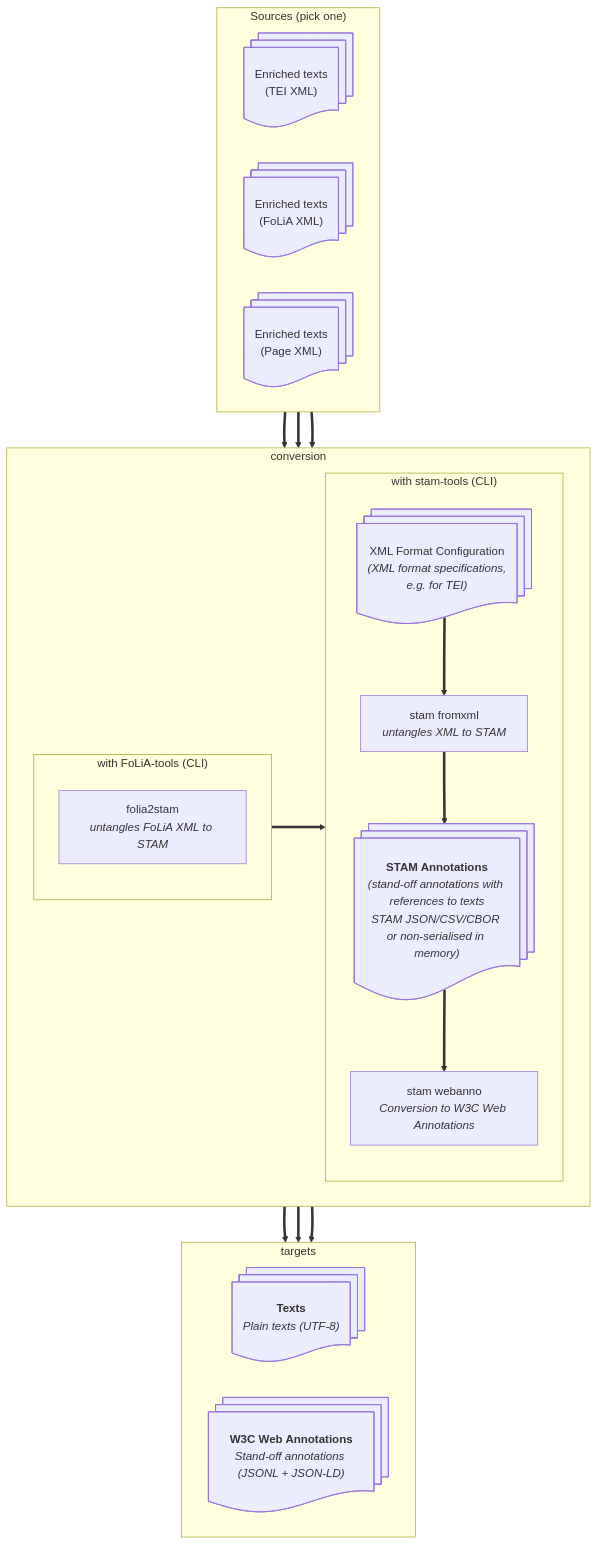
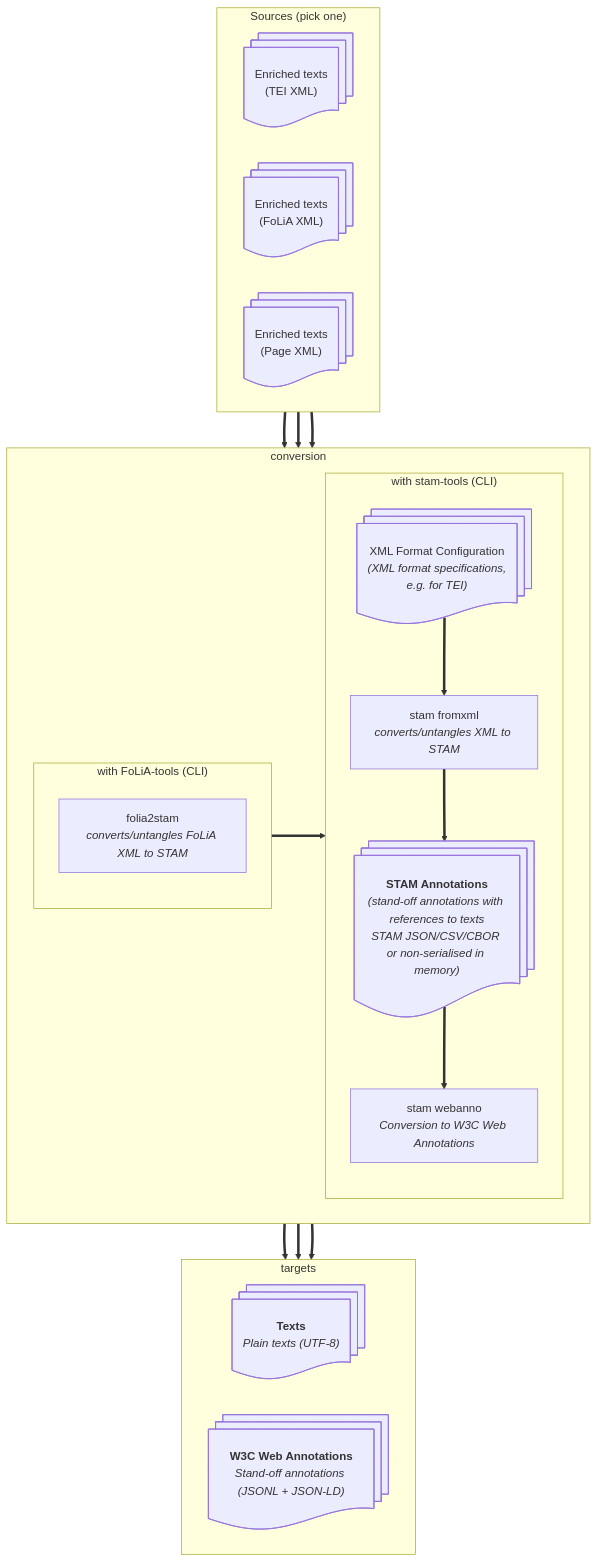
One commit to knaw-huc/tt-architecture changed the fifth of 5 diagrams in README.md. Above: the diagram before and after it, drawn with Mermaid. The commit also changed other lines of this file, not shown here.

````diff
--- a/README.md
+++ b/README.md
@@ -419,50 +450,50 @@
 ```mermaid
 %%{init: {"flowchart": {"htmlLabels": true}} }%%
 flowchart TD
 
     subgraph sources["Sources (pick one)"]
         direction LR
         teisource@{ shape: docs, label: "Enriched texts<br>(TEI XML)"}
         foliasource@{ shape: docs, label: "Enriched texts<br>(FoLiA XML)"}
         pagexmlsource@{ shape: docs, label: "Enriched texts<br>(Page XML)"}
     end
 
     subgraph conversion
         direction LR
         subgraph with_folia_tools["with FoLiA-tools (CLI)"]
             direction TB
             foliasource ==> folia2stam
-            folia2stam["folia2stam<br><i>untangles FoLiA XML to STAM</i>"]
+            folia2stam["folia2stam<br><i>converts/untangles FoLiA XML to STAM</i>"]
         end
 
         subgraph with_stam_tools["with stam-tools (CLI)"]
             direction TB
             stam_xmlconfig@{ shape: docs, label: "XML Format Configuration<br><i>(XML format specifications, <br>e.g. for TEI)</i>"}
             stam_xmlconfig ==> stam_fromxml
 
-            stam_fromxml["stam fromxml<br><i>untangles XML to STAM</i>"] 
+            stam_fromxml["stam fromxml<br><i>converts/untangles XML to STAM</i>"] 
             stam_webanno["stam webanno<br><i>Conversion to W3C Web Annotations</i>"]
             stam_annotations@{ shape: docs, label: "<b>STAM Annotations</b><br><i>(stand-off annotations with references to texts<br>STAM JSON/CSV/CBOR or non-serialised in memory)</i>"}
             teisource ==> stam_fromxml
             pagexmlsource ==> stam_fromxml
             folia2stam ==> stam_annotations
             stam_fromxml ==> stam_annotations
             stam_annotations ==> stam_webanno
         end
     end
 
 
     subgraph targets
         direction LR
 
         folia2stam ==> texts
         stam_fromxml ==> texts
         
         stam_webanno ==> webanno
 
         texts@{ shape: docs, label: "<b>Texts</b><br><i>Plain texts (UTF-8)</i>"}
         webanno@{ shape: docs, label: "<b>W3C Web Annotations</b><br><i>Stand-off annotations (JSONL + JSON-LD)</i>"}
     end
 
     linkStyle default background:transparent,color:#009
 ```
````
